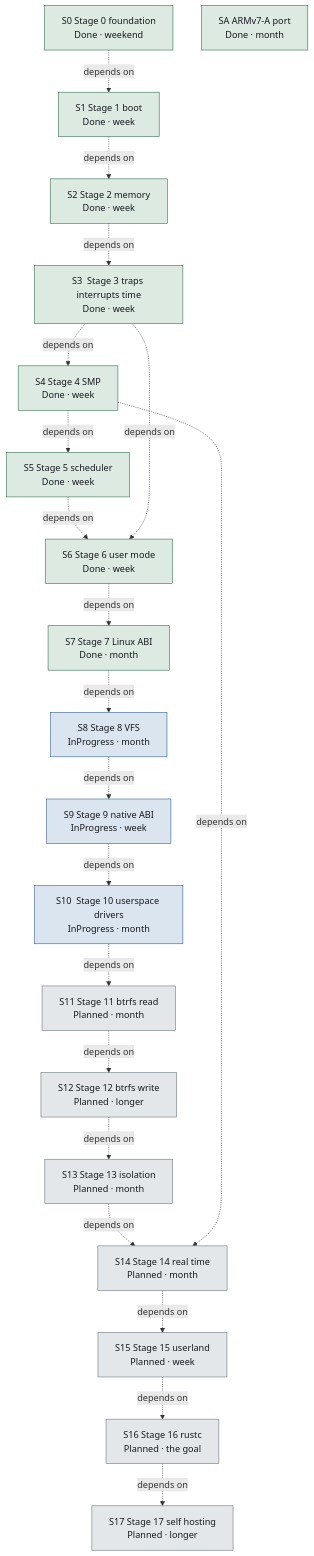
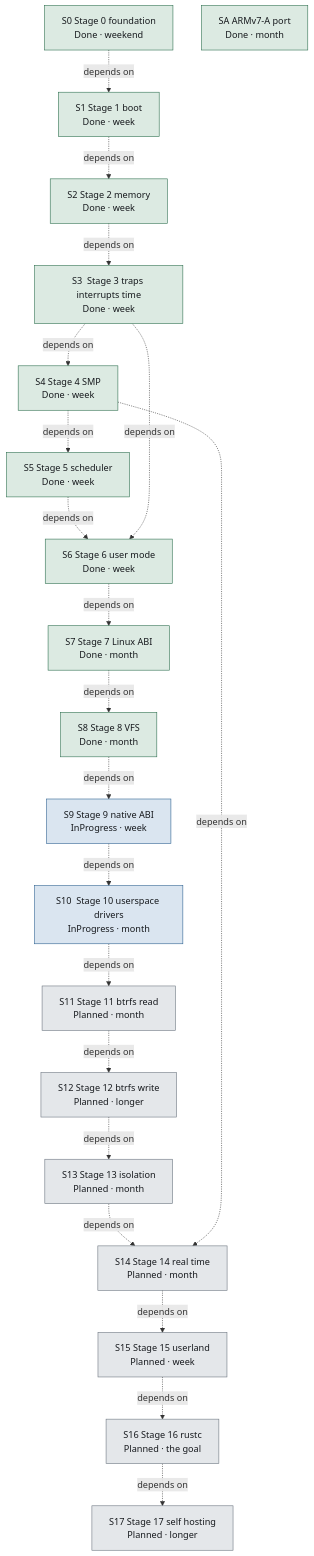
Diagram 16 of 19 in docs/generated/ARCHITECTURE.md (SetZero/ferrix), drawn with Mermaid before and after one commit. The commit also changed other lines of this file and 9 other files, not shown here.

First line of the commit message:
Call stage 8 done, and move the boot marker to stages 1-8

````diff
--- a/docs/generated/ARCHITECTURE.md
+++ b/docs/generated/ARCHITECTURE.md
@@ -2506,47 +2504,47 @@
 ```mermaid
 flowchart TB
   n0_FerrixRoadmap_stage0Foundation["S0  Stage 0 foundation<br>Done · weekend"]
   n1_FerrixRoadmap_stage1Boot["S1  Stage 1 boot<br>Done · week"]
   n2_FerrixRoadmap_stage2Memory["S2  Stage 2 memory<br>Done · week"]
   n3_FerrixRoadmap_stage3TrapsInterruptsTime["S3  Stage 3 traps interrupts time<br>Done · week"]
   n4_FerrixRoadmap_stage4Smp["S4  Stage 4 SMP<br>Done · week"]
   n5_FerrixRoadmap_armv7aPort["SA  ARMv7-A port<br>Done · month"]
   n6_FerrixRoadmap_stage5Scheduler["S5  Stage 5 scheduler<br>Done · week"]
   n7_FerrixRoadmap_stage6UserMode["S6  Stage 6 user mode<br>Done · week"]
   n8_FerrixRoadmap_stage7LinuxAbi["S7  Stage 7 Linux ABI<br>Done · month"]
-  n9_FerrixRoadmap_stage8Vfs["S8  Stage 8 VFS<br>InProgress · month"]
+  n9_FerrixRoadmap_stage8Vfs["S8  Stage 8 VFS<br>Done · month"]
   n10_FerrixRoadmap_stage9NativeAbi["S9  Stage 9 native ABI<br>InProgress · week"]
   n11_FerrixRoadmap_stage10UserspaceDrivers["S10  Stage 10 userspace drivers<br>InProgress · month"]
   n12_FerrixRoadmap_stage11BtrfsRead["S11  Stage 11 btrfs read<br>Planned · month"]
   n13_FerrixRoadmap_stage12BtrfsWrite["S12  Stage 12 btrfs write<br>Planned · longer"]
   n14_FerrixRoadmap_stage13Isolation["S13  Stage 13 isolation<br>Planned · month"]
   n15_FerrixRoadmap_stage14RealTime["S14  Stage 14 real time<br>Planned · month"]
   n16_FerrixRoadmap_stage15Userland["S15  Stage 15 userland<br>Planned · week"]
   n17_FerrixRoadmap_stage16Rustc["S16  Stage 16 rustc<br>Planned · the goal"]
   n18_FerrixRoadmap_stage17SelfHosting["S17  Stage 17 self hosting<br>Planned · longer"]
   n0_FerrixRoadmap_stage0Foundation -. "depends on" .-> n1_FerrixRoadmap_stage1Boot
   n1_FerrixRoadmap_stage1Boot -. "depends on" .-> n2_FerrixRoadmap_stage2Memory
   n2_FerrixRoadmap_stage2Memory -. "depends on" .-> n3_FerrixRoadmap_stage3TrapsInterruptsTime
   n3_FerrixRoadmap_stage3TrapsInterruptsTime -. "depends on" .-> n4_FerrixRoadmap_stage4Smp
   n4_FerrixRoadmap_stage4Smp -. "depends on" .-> n6_FerrixRoadmap_stage5Scheduler
   n6_FerrixRoadmap_stage5Scheduler -. "depends on" .-> n7_FerrixRoadmap_stage6UserMode
   n3_FerrixRoadmap_stage3TrapsInterruptsTime -. "depends on" .-> n7_FerrixRoadmap_stage6UserMode
   n7_FerrixRoadmap_stage6UserMode -. "depends on" .-> n8_FerrixRoadmap_stage7LinuxAbi
   n8_FerrixRoadmap_stage7LinuxAbi -. "depends on" .-> n9_FerrixRoadmap_stage8Vfs
   n9_FerrixRoadmap_stage8Vfs -. "depends on" .-> n10_FerrixRoadmap_stage9NativeAbi
   n10_FerrixRoadmap_stage9NativeAbi -. "depends on" .-> n11_FerrixRoadmap_stage10UserspaceDrivers
   n11_FerrixRoadmap_stage10UserspaceDrivers -. "depends on" .-> n12_FerrixRoadmap_stage11BtrfsRead
   n12_FerrixRoadmap_stage11BtrfsRead -. "depends on" .-> n13_FerrixRoadmap_stage12BtrfsWrite
   n13_FerrixRoadmap_stage12BtrfsWrite -. "depends on" .-> n14_FerrixRoadmap_stage13Isolation
   n14_FerrixRoadmap_stage13Isolation -. "depends on" .-> n15_FerrixRoadmap_stage14RealTime
   n4_FerrixRoadmap_stage4Smp -. "depends on" .-> n15_FerrixRoadmap_stage14RealTime
   n15_FerrixRoadmap_stage14RealTime -. "depends on" .-> n16_FerrixRoadmap_stage15Userland
   n16_FerrixRoadmap_stage15Userland -. "depends on" .-> n17_FerrixRoadmap_stage16Rustc
   n17_FerrixRoadmap_stage16Rustc -. "depends on" .-> n18_FerrixRoadmap_stage17SelfHosting
   classDef implemented fill:#dceae2,stroke:#2c6e4e,color:#16191d
   classDef inProgress fill:#dae5f0,stroke:#2a5f8f,color:#16191d
   classDef planned fill:#e4e7ea,stroke:#6a737e,color:#16191d
-  class n0_FerrixRoadmap_stage0Foundation,n1_FerrixRoadmap_stage1Boot,n2_FerrixRoadmap_stage2Memory,n3_FerrixRoadmap_stage3TrapsInterruptsTime,n4_FerrixRoadmap_stage4Smp,n5_FerrixRoadmap_armv7aPort,n6_FerrixRoadmap_stage5Scheduler,n7_FerrixRoadmap_stage6UserMode,n8_FerrixRoadmap_stage7LinuxAbi implemented
-  class n9_FerrixRoadmap_stage8Vfs,n10_FerrixRoadmap_stage9NativeAbi,n11_FerrixRoadmap_stage10UserspaceDrivers inProgress
+  class n0_FerrixRoadmap_stage0Foundation,n1_FerrixRoadmap_stage1Boot,n2_FerrixRoadmap_stage2Memory,n3_FerrixRoadmap_stage3TrapsInterruptsTime,n4_FerrixRoadmap_stage4Smp,n5_FerrixRoadmap_armv7aPort,n6_FerrixRoadmap_stage5Scheduler,n7_FerrixRoadmap_stage6UserMode,n8_FerrixRoadmap_stage7LinuxAbi,n9_FerrixRoadmap_stage8Vfs implemented
+  class n10_FerrixRoadmap_stage9NativeAbi,n11_FerrixRoadmap_stage10UserspaceDrivers inProgress
   class n12_FerrixRoadmap_stage11BtrfsRead,n13_FerrixRoadmap_stage12BtrfsWrite,n14_FerrixRoadmap_stage13Isolation,n15_FerrixRoadmap_stage14RealTime,n16_FerrixRoadmap_stage15Userland,n17_FerrixRoadmap_stage16Rustc,n18_FerrixRoadmap_stage17SelfHosting planned
 ```
````
